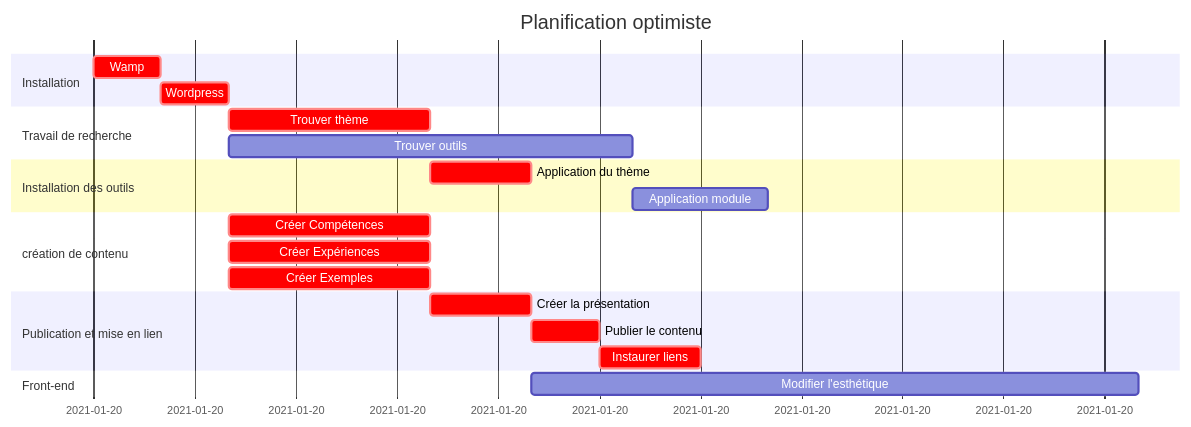
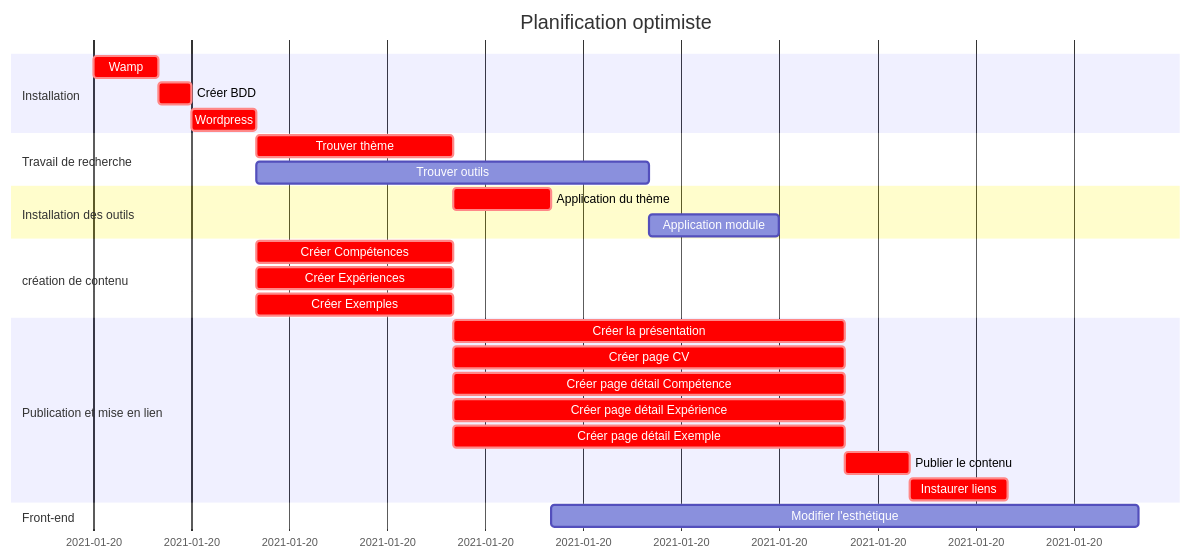
Before and after one commit to segardd/porte-feuille_comp-tences: the third of 5 diagrams in CDC.md, drawn with Mermaid. The commit also changed other lines of this file and 1 other file, not shown here.

```diff
--- a/CDC.md
+++ b/CDC.md
@@ -212,33 +213,38 @@
 <div class="mermaid">
 gantt
     title Planification optimiste
     dateFormat YYYY-MM-DD
     section Installation
     Wamp : crit,A1, 2021-01-20, 20m
-    Wordpress : crit,A2, after A1 ,20m
+    Créer BDD: crit,A3, after A1, 10m
+    Wordpress : crit,A2, after A3 ,20m
     %%
     section Travail de recherche
     Trouver thème: crit,B1, after A2, 1h
     Trouver outils: B2, after A2, 2h
     %%
     section Installation des outils
     Application du thème : crit,C1, after B1, 30m
     Application module : C2, after B2, 40m
     %%
     section création de contenu
     Créer Compétences : crit,D1, after A2, 1h
     Créer Expériences : crit,D2, after A2, 1h
     Créer Exemples : crit,D3, after A2, 1h
     %%
     section Publication et mise en lien
-    Créer la présentation: crit,E1, after D1, 30m
+    Créer la présentation: crit,E1, after D1, 2h
+    Créer page CV: crit, E1,after D1,2h
+    Créer page détail Compétence: crit,E1,after D1,2h
+    Créer page détail Expérience: crit,E1,after D1,2h
+    Créer page détail Exemple: crit,E1,after D1,2h
     Publier le contenu: crit,E2, after E1, 20m
-    Instaurer liens: crit,E3, after E2, 30m
+    Instaurer liens: crit,E7, after E2, 30m
     %%
     section Front-end
     Modifier l'esthétique : F1, after C1, 3h
     %%
     %%section Jalon
     %%1er jet :crit, 2021-04-05, 1d
     %%Fin projet :crit,2021-06-13,1d
 </div>
```
